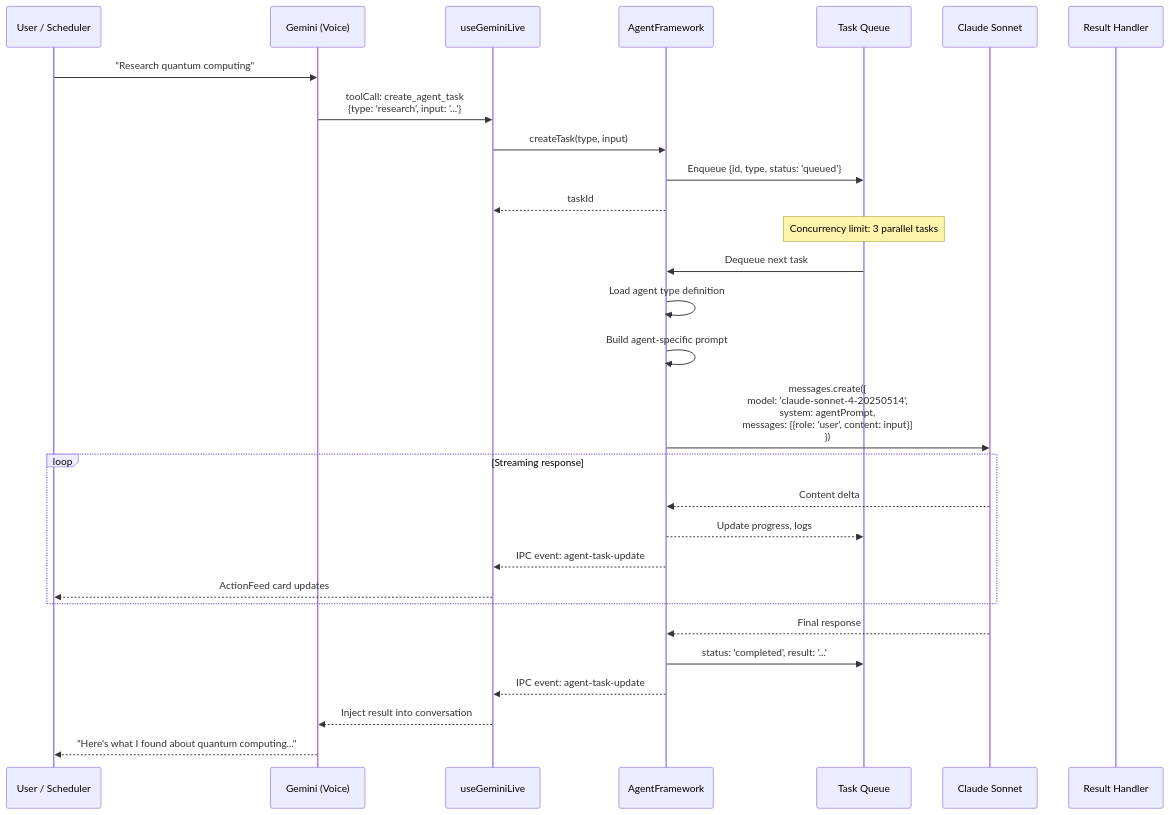
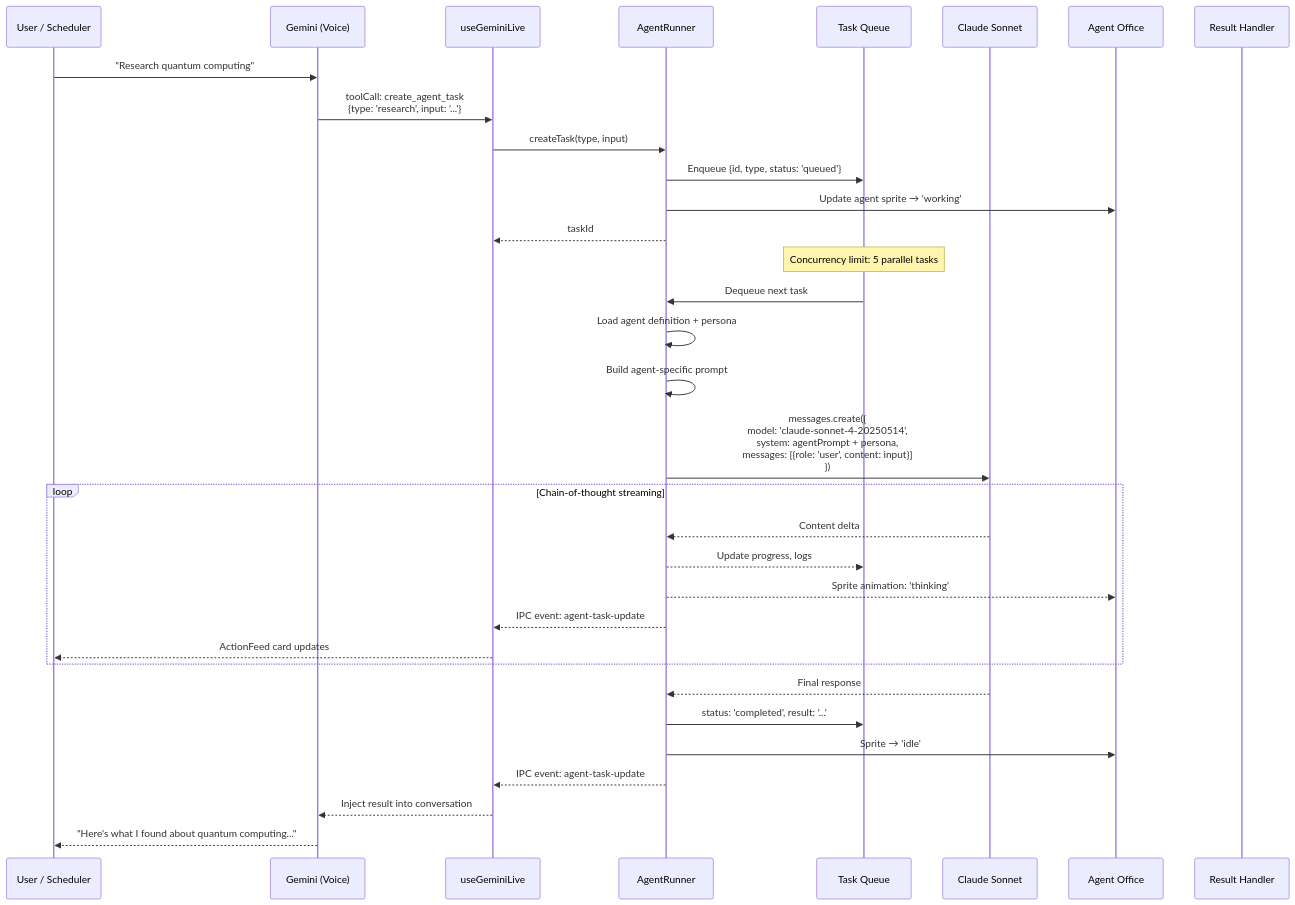
Before and after one commit to FutureSpeakAI/Agent-Friday: diagram 11 of 17 in ARCHITECTURE.md, drawn with Mermaid. The commit also changed other lines of this file and 1 other file, not shown here.

First line of the commit message:
Comprehensive documentation rewrite — README and ARCHITECTURE

````diff
--- a/ARCHITECTURE.md
+++ b/ARCHITECTURE.md
@@ -843,36 +923,40 @@
 ```mermaid
 sequenceDiagram
     participant User as User / Scheduler
     participant Gemini as Gemini (Voice)
     participant Hook as useGeminiLive
-    participant FW as AgentFramework
+    participant Runner as AgentRunner
     participant Queue as Task Queue
     participant Claude as Claude Sonnet
+    participant Office as Agent Office
     participant Result as Result Handler
 
     User ->> Gemini: "Research quantum computing"
     Gemini ->> Hook: toolCall: create_agent_task<br/>{type: 'research', input: '...'}
-    Hook ->> FW: createTask(type, input)
-    FW ->> Queue: Enqueue {id, type, status: 'queued'}
-    FW -->> Hook: taskId
+    Hook ->> Runner: createTask(type, input)
+    Runner ->> Queue: Enqueue {id, type, status: 'queued'}
+    Runner ->> Office: Update agent sprite → 'working'
+    Runner -->> Hook: taskId
 
-    Note over Queue: Concurrency limit: 3 parallel tasks
+    Note over Queue: Concurrency limit: 5 parallel tasks
 
-    Queue ->> FW: Dequeue next task
-    FW ->> FW: Load agent type definition
-    FW ->> FW: Build agent-specific prompt
-    FW ->> Claude: messages.create({<br/>  model: 'claude-sonnet-4-20250514',<br/>  system: agentPrompt,<br/>  messages: [{role: 'user', content: input}]<br/>})
+    Queue ->> Runner: Dequeue next task
+    Runner ->> Runner: Load agent definition + persona
+    Runner ->> Runner: Build agent-specific prompt
+    Runner ->> Claude: messages.create({<br/>  model: 'claude-sonnet-4-20250514',<br/>  system: agentPrompt + persona,<br/>  messages: [{role: 'user', content: input}]<br/>})
 
-    loop Streaming response
-        Claude -->> FW: Content delta
-        FW -->> Queue: Update progress, logs
-        FW -->> Hook: IPC event: agent-task-update
+    loop Chain-of-thought streaming
+        Claude -->> Runner: Content delta
+        Runner -->> Queue: Update progress, logs
+        Runner -->> Office: Sprite animation: 'thinking'
+        Runner -->> Hook: IPC event: agent-task-update
         Hook -->> User: ActionFeed card updates
     end
 
-    Claude -->> FW: Final response
-    FW ->> Queue: status: 'completed', result: '...'
-    FW -->> Hook: IPC event: agent-task-update
+    Claude -->> Runner: Final response
+    Runner ->> Queue: status: 'completed', result: '...'
+    Runner ->> Office: Sprite → 'idle'
+    Runner -->> Hook: IPC event: agent-task-update
     Hook -->> Gemini: Inject result into conversation
     Gemini -->> User: "Here's what I found about quantum computing..."
 ```
````
